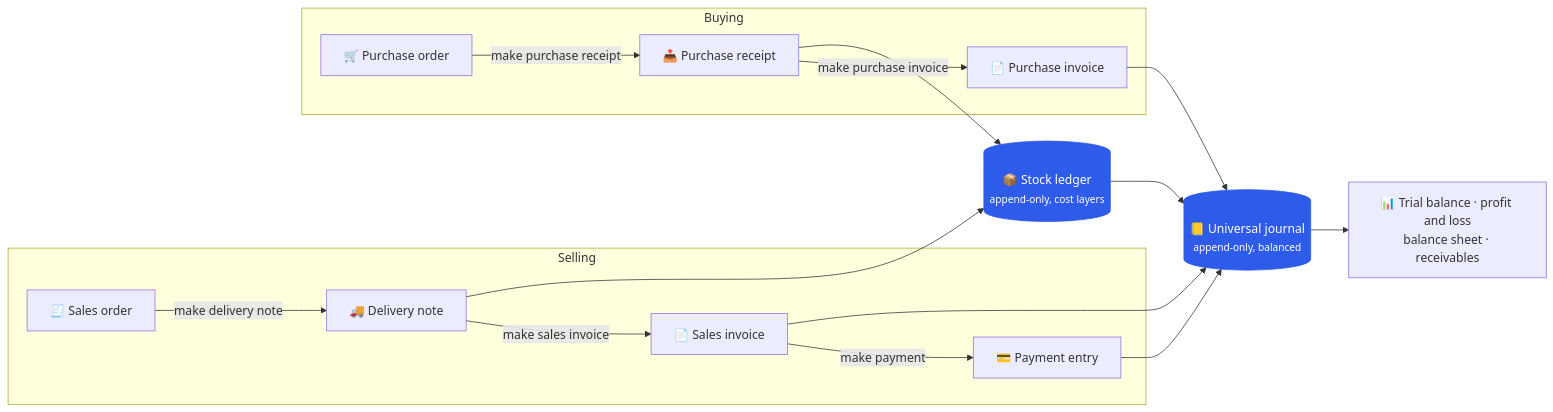
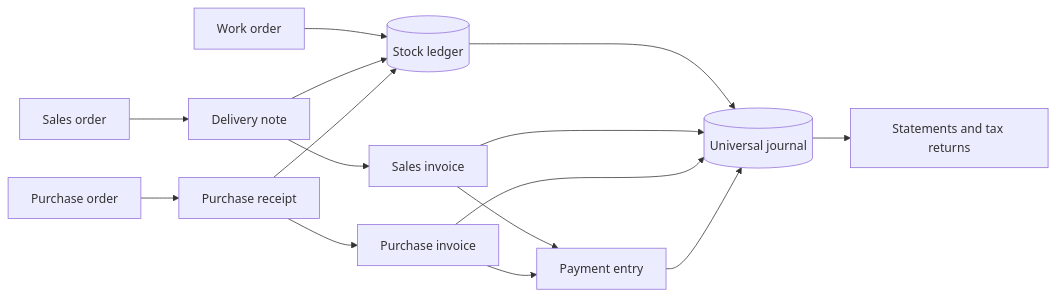
The first of 2 diagrams in README.md (CBFerrum/ferrum-app-erp), drawn with Mermaid before and after one commit. The commit also changed other lines of this file and 52 other files, not shown here.

First line of the commit message:
docs: end-to-end README with screenshots, features, comparison and roadmap

````diff
--- a/README.md
+++ b/README.md
@@ -171,21 +607,15 @@
 ```mermaid
 flowchart LR
-    subgraph Selling
-        SO["🧾 Sales order"] -->|make delivery note| DN["🚚 Delivery note"]
-        DN -->|make sales invoice| SI["📄 Sales invoice"]
-        SI -->|make payment| PE["💳 Payment entry"]
-    end
-    subgraph Buying
-        PO["🛒 Purchase order"] -->|make purchase receipt| PR["📥 Purchase receipt"]
-        PR -->|make purchase invoice| PI["📄 Purchase invoice"]
-    end
-    DN --> SL[("📦 Stock ledger<br/><small>append-only, cost layers</small>")]
+    SO["Sales order"] --> DN["Delivery note"] --> SI["Sales invoice"]
+    PO["Purchase order"] --> PR["Purchase receipt"] --> PI["Purchase invoice"]
+    SI --> PE["Payment entry"]
+    PI --> PE
+    WO["Work order"] --> SL[("Stock ledger")]
+    DN --> SL
     PR --> SL
-    SI --> GL[("📒 Universal journal<br/><small>append-only, balanced</small>")]
+    SL --> GL[("Universal journal")]
+    SI --> GL
     PI --> GL
     PE --> GL
-    SL --> GL
-    GL --> REP["📊 Trial balance · profit and loss<br/>balance sheet · receivables"]
-    classDef erp fill:#2f5bea,color:#fff,stroke:#2f5bea
-    class SL,GL erp
+    GL --> REP["Statements and tax returns"]
 ```
````
